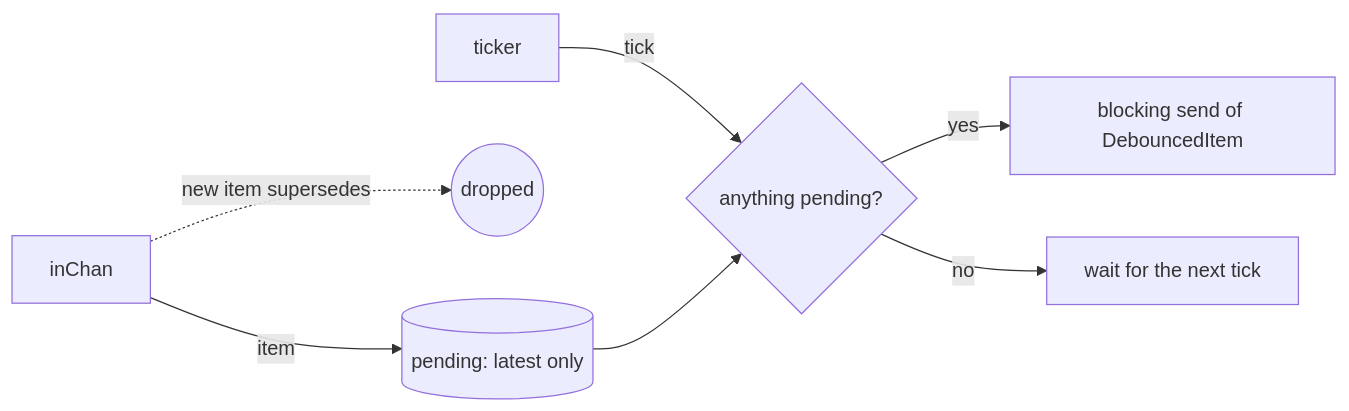
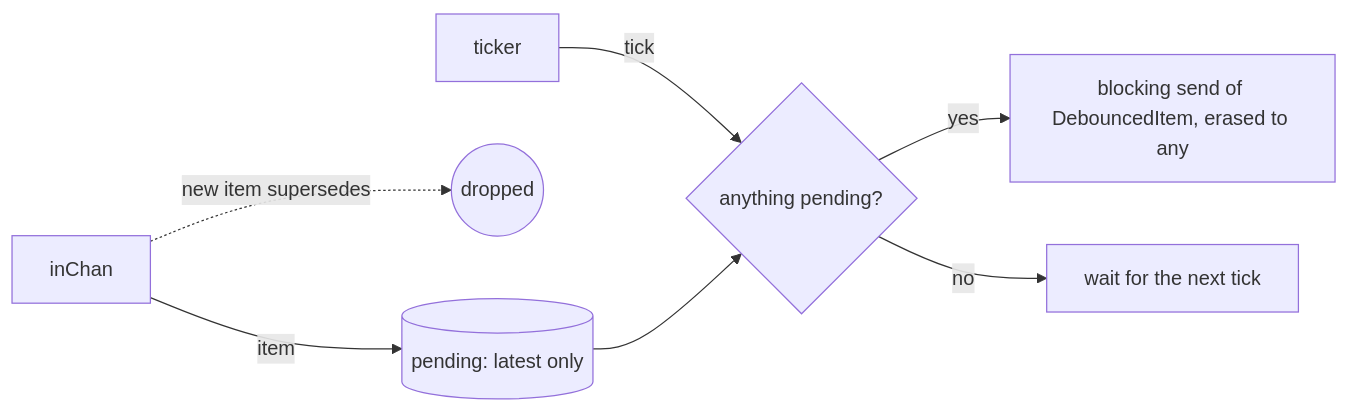
The second of 3 diagrams in sidecar/utils/README.md (skulpturenz/timeboxxing), drawn with Mermaid before and after one commit. The commit also changed other lines of this file and 8 other files, not shown here.

````diff
--- a/sidecar/utils/README.md
+++ b/sidecar/utils/README.md
@@ -205,9 +208,9 @@
 ```mermaid
 flowchart LR
     I[inChan] -->|item| P[(pending: latest only)]
     I -.->|new item supersedes| D((dropped))
     T[ticker] -->|tick| G{anything pending?}
     P --> G
-    G -->|yes| O[blocking send of DebouncedItem]
+    G -->|yes| O["blocking send of DebouncedItem, erased to any"]
     G -->|no| W[wait for the next tick]
 ```
````
